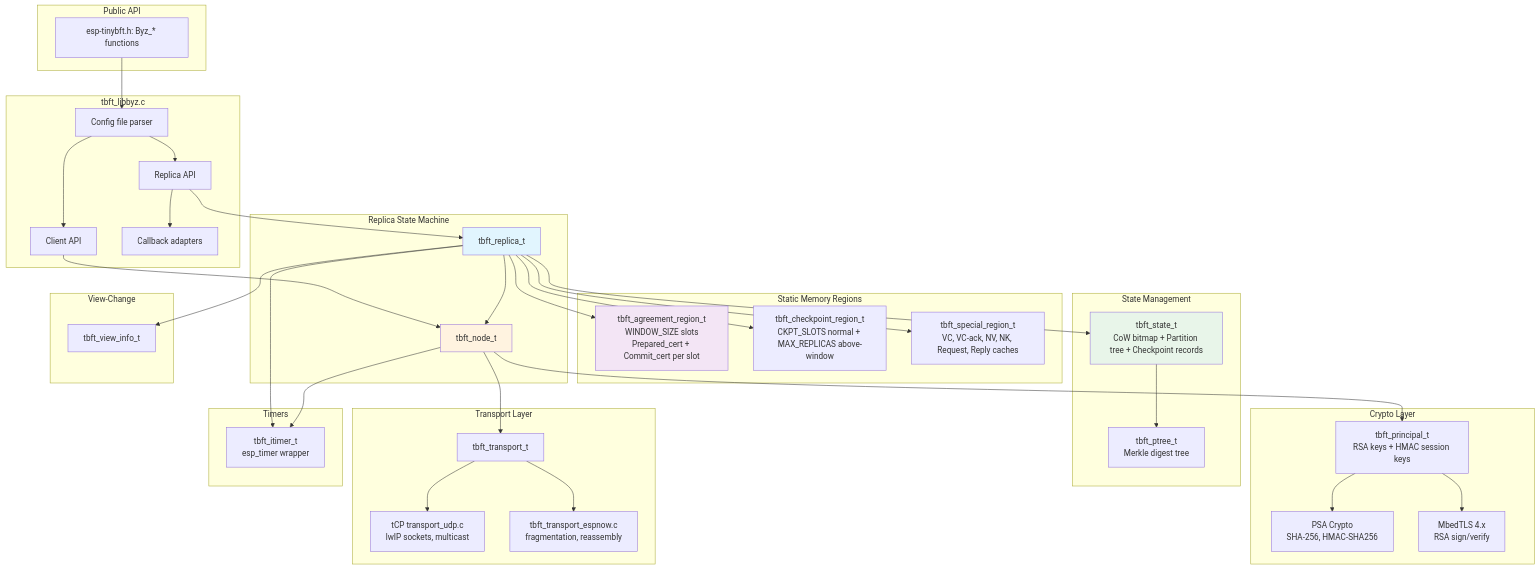
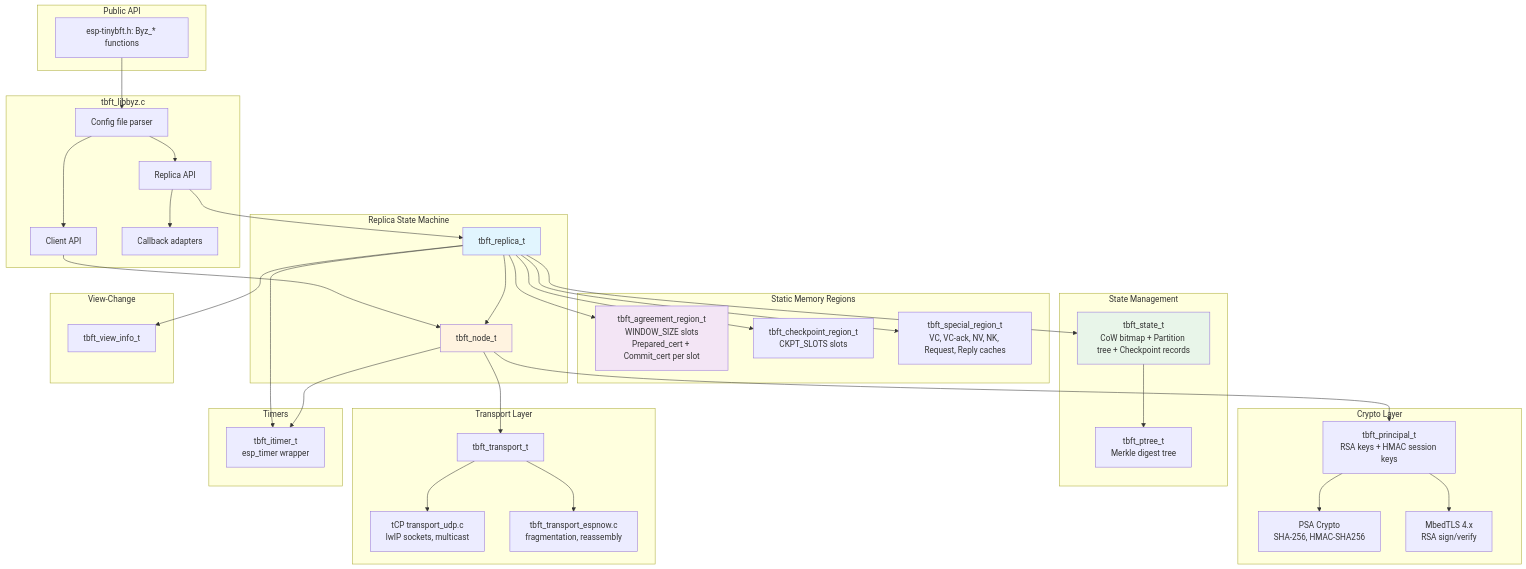
Before and after one commit to CAMT-Web3-Club/esp-tinybft: the first of 4 diagrams in docs/ARCHITECTURE.md, drawn with Mermaid. The commit also changed other lines of this file and 3 other files, not shown here.

````diff
--- a/docs/ARCHITECTURE.md
+++ b/docs/ARCHITECTURE.md
@@ -30,78 +30,78 @@
 ```mermaid
 graph TB
     subgraph "Public API"
         API[esp-tinybft.h: Byz_* functions]
     end
 
     subgraph "tbft_libbyz.c"
         Parser[Config file parser]
         ClientAPI[Client API]
         ReplicaAPI[Replica API]
         Callbacks[Callback adapters]
     end
 
     subgraph "Replica State Machine"
         Replica[tbft_replica_t]
         Node[tbft_node_t]
     end
 
     subgraph "Static Memory Regions"
         AR[tbft_agreement_region_t\nWINDOW_SIZE slots\nPrepared_cert + Commit_cert per slot]
-        CR[tbft_checkpoint_region_t\nCKPT_SLOTS normal + MAX_REPLICAS above-window]
+        CR[tbft_checkpoint_region_t\nCKPT_SLOTS slots]
         SR[tbft_special_region_t\nVC, VC-ack, NV, NK, Request, Reply caches]
     end
 
     subgraph "State Management"
         State[tbft_state_t\nCoW bitmap + Partition tree + Checkpoint records]
         PTree[tbft_ptree_t\nMerkle digest tree]
     end
 
 
     subgraph "View-Change"
         VI[tbft_view_info_t]
     end
 
     subgraph "Crypto Layer"
         Principal[tbft_principal_t\nRSA keys + HMAC session keys]
         PSA[PSA Crypto\nSHA-256, HMAC-SHA256]
         MbedTLS[MbedTLS 4.x\nRSA sign/verify]
     end
 
     subgraph "Transport Layer"
         Transport[tbft_transport_t]
         UDP[tCP transport_udp.c\nlwIP sockets, multicast]
         ESPNow[tbft_transport_espnow.c\nfragmentation, reassembly]
     end
 
     subgraph "Timers"
         ITimer[tbft_itimer_t\nesp_timer wrapper]
     end
 
     API --> Parser
     Parser --> ClientAPI
     Parser --> ReplicaAPI
     ReplicaAPI --> Callbacks
     ClientAPI --> Node
     ReplicaAPI --> Replica
     Replica --> Node
     Replica --> AR
     Replica --> CR
     Replica --> SR
     Replica --> State
 
     Replica --> VI
     Replica --> ITimer
     Node --> Principal
     Node --> Transport
     Node --> ITimer
     State --> PTree
     Principal --> PSA
     Principal --> MbedTLS
     Transport --> UDP
     Transport --> ESPNow
 
     style Replica fill:#e1f5fe
     style Node fill:#fff3e0
     style AR fill:#f3e5f5
     style State fill:#e8f5e9
 ```
````
